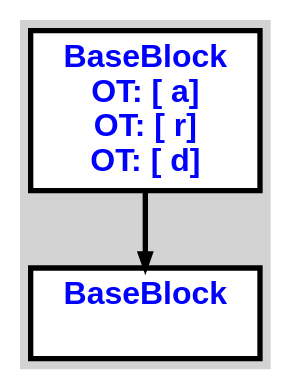
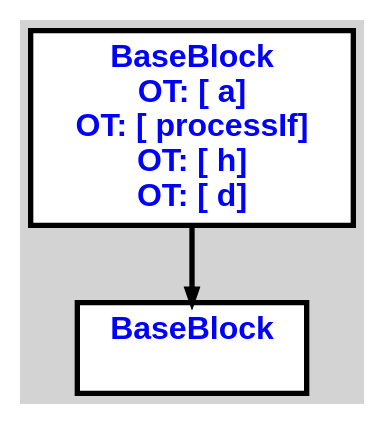
The diagram in cpoCompilerWin/input.txt.b.dot (aveen007/CountingMonkeys), drawn with Graphviz before and after one commit. The commit also changed 14 other files, not shown here.

```diff
--- a/cpoCompilerWin/input.txt.b.dot
+++ b/cpoCompilerWin/input.txt.b.dot
@@ -1,13 +1,14 @@
 digraph G {
 ordering=out;
 ranksep=.4;
 bgcolor="lightgrey";  node [shape=box, fixedsize=false, fontsize=12, fontname="Helvetica-bold", fontcolor="blue"
 width=.25, height=.25, color="black", fillcolor="white", style="filled, solid, bold"];
 
-edge [arrowsize=.5, color="black", style="bold"]    n0000123009FA9C50 [label="BaseBlock\n OT: [ a]
-OT: [ r]
+edge [arrowsize=.5, color="black", style="bold"]    n000011DD62329F50 [label="BaseBlock\n OT: [ a]
+OT: [ processIf]
+OT: [ h]
 OT: [ d]
 "]
-    n0000123009FA9C90 [label="BaseBlock\n "]
-    n0000123009FA9C50 -> n0000123009FA9C90
+    n000011DD62329F90 [label="BaseBlock\n "]
+    n000011DD62329F50 -> n000011DD62329F90
 }
```
